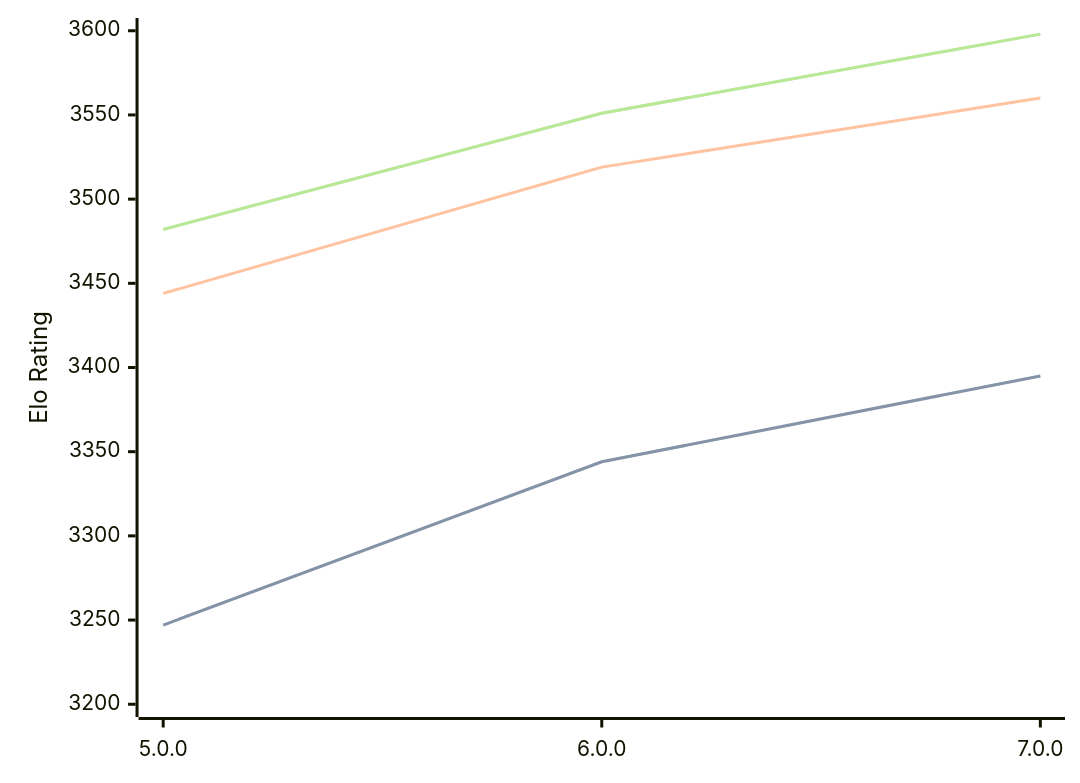
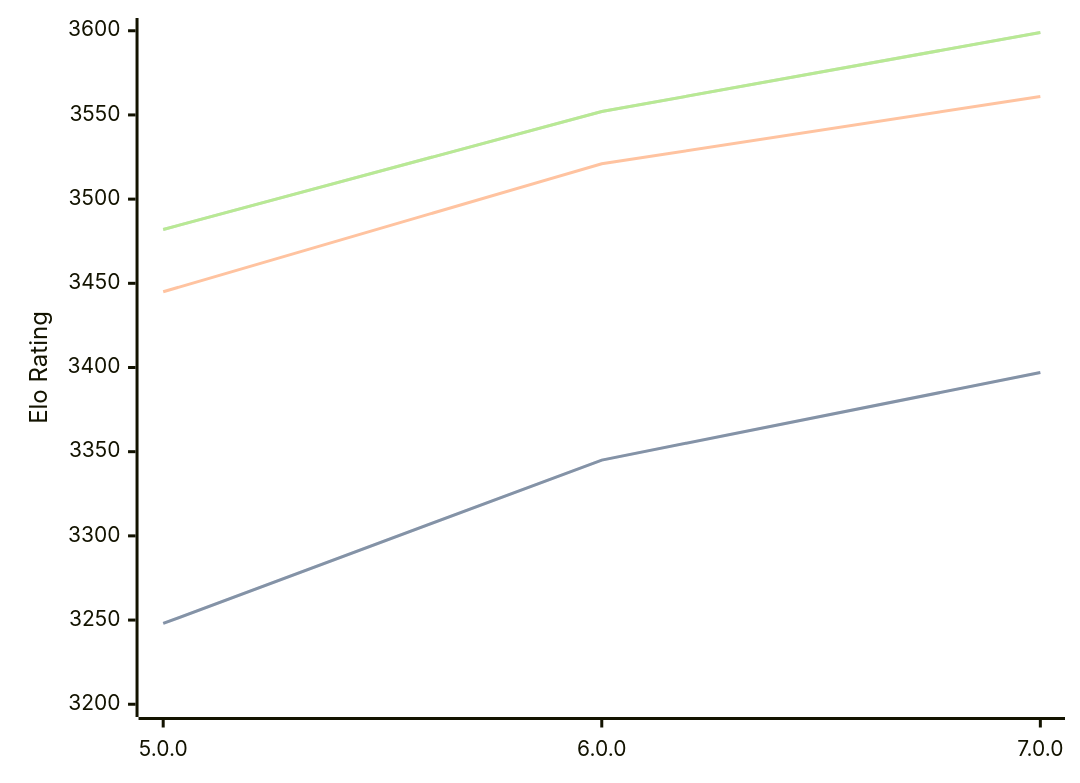
Before and after one commit to computer-chess-index/cci: the diagram in engines/Stormphrax.md, drawn with Mermaid. The commit also changed other lines of this file, not shown here.

Commit message:
Update CCI Ratings (ELO VLTC) - 2026-05-06

````diff
--- a/engines/Stormphrax.md
+++ b/engines/Stormphrax.md
@@ -38,11 +38,11 @@
 ```mermaid
 %%{init: {"theme":"base","themeVariables":{"seriesColors:['#a3a3a3','#222221','#faa371']}}}%%
 xychart-beta
   x-axis ["5.0.0", "6.0.0", "7.0.0"]
   y-axis "Elo Rating" 3200 --> 3600
-  line "STC (8.0+0.08s)" [3247, 3344, 3395]
-  line "STC (8.0+0.08s)" [3247, 3344, 3395]
-  line "LTC (60.0+0.60s)" [3444, 3519, 3560]
-  line "VLTC (2m24s+1.12s)" [3482, 3551, 3598]
-  line "VLTC (2m24s+1.12s)" [3482, 3551, 3598]
+  line "STC (8.0+0.08s)" [3248, 3345, 3397]
+  line "STC (8.0+0.08s)" [3248, 3345, 3397]
+  line "LTC (60.0+0.60s)" [3445, 3521, 3561]
+  line "VLTC (2m24s+1.12s)" [3482, 3552, 3599]
+  line "VLTC (2m24s+1.12s)" [3482, 3552, 3599]
 ```
````
